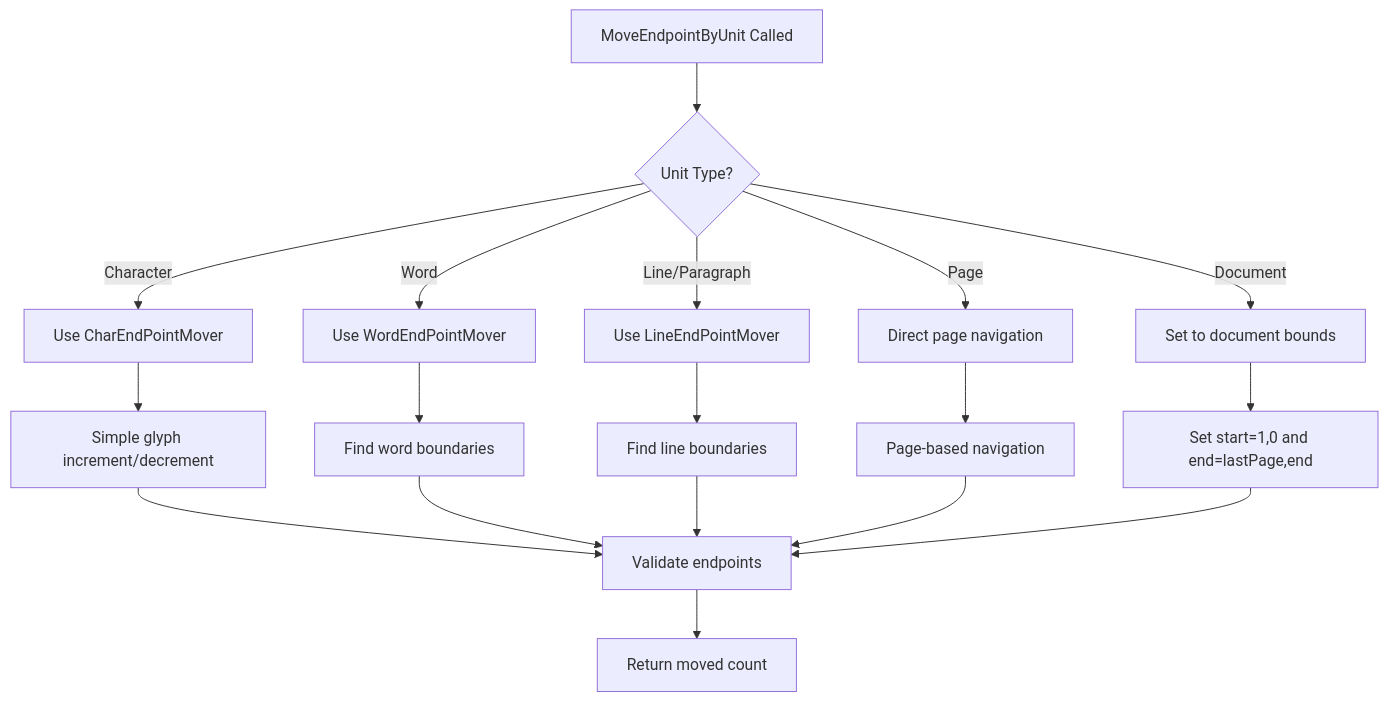
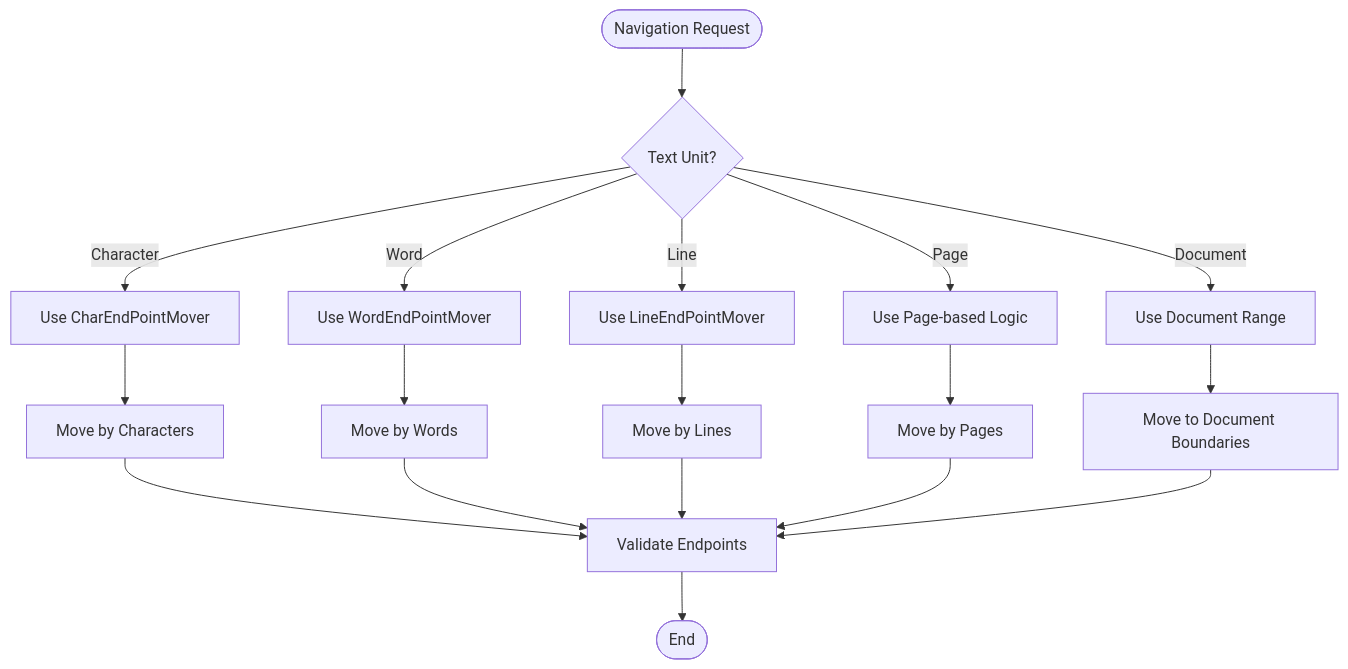
Before and after one commit to FSoft-AI4Code/codewiki-demo: the fifth of 5 diagrams in docs/sumatrapdfreader--sumatrapdf-docs/text_range.md, drawn with Mermaid. The commit also changed other lines of this file and 1103 other files, not shown here.

````diff
--- a/docs/sumatrapdfreader--sumatrapdf-docs/text_range.md
+++ b/docs/sumatrapdfreader--sumatrapdf-docs/text_range.md
@@ -178,23 +172,24 @@
 ```mermaid
-flowchart TD
-    A[MoveEndpointByUnit Called] --> B{Unit Type?}
-    B -->|Character| C[Use CharEndPointMover]
-    B -->|Word| D[Use WordEndPointMover]
-    B -->|Line/Paragraph| E[Use LineEndPointMover]
-    B -->|Page| F[Direct page navigation]
-    B -->|Document| G[Set to document bounds]
+graph TD
+    Start([Navigation Request]) --> Unit{Text Unit?}
     
-    C --> H[Simple glyph increment/decrement]
-    D --> I[Find word boundaries]
-    E --> J[Find line boundaries]
-    F --> K[Page-based navigation]
-    G --> L[Set start=1,0 and end=lastPage,end]
+    Unit -->|Character| UseChar[Use CharEndPointMover]
+    Unit -->|Word| UseWord[Use WordEndPointMover]
+    Unit -->|Line| UseLine[Use LineEndPointMover]
+    Unit -->|Page| UsePage[Use Page-based Logic]
+    Unit -->|Document| UseDoc[Use Document Range]
     
-    H --> M[Validate endpoints]
-    I --> M
-    J --> M
-    K --> M
-    L --> M
+    UseChar --> MoveChar[Move by Characters]
+    UseWord --> MoveWord[Move by Words]
+    UseLine --> MoveLine[Move by Lines]
+    UsePage --> MovePage[Move by Pages]
+    UseDoc --> MoveDoc[Move to Document Boundaries]
     
-    M --> N[Return moved count]
+    MoveChar --> Validate[Validate Endpoints]
+    MoveWord --> Validate
+    MoveLine --> Validate
+    MovePage --> Validate
+    MoveDoc --> Validate
+    
+    Validate --> End([End])
 ```
````
